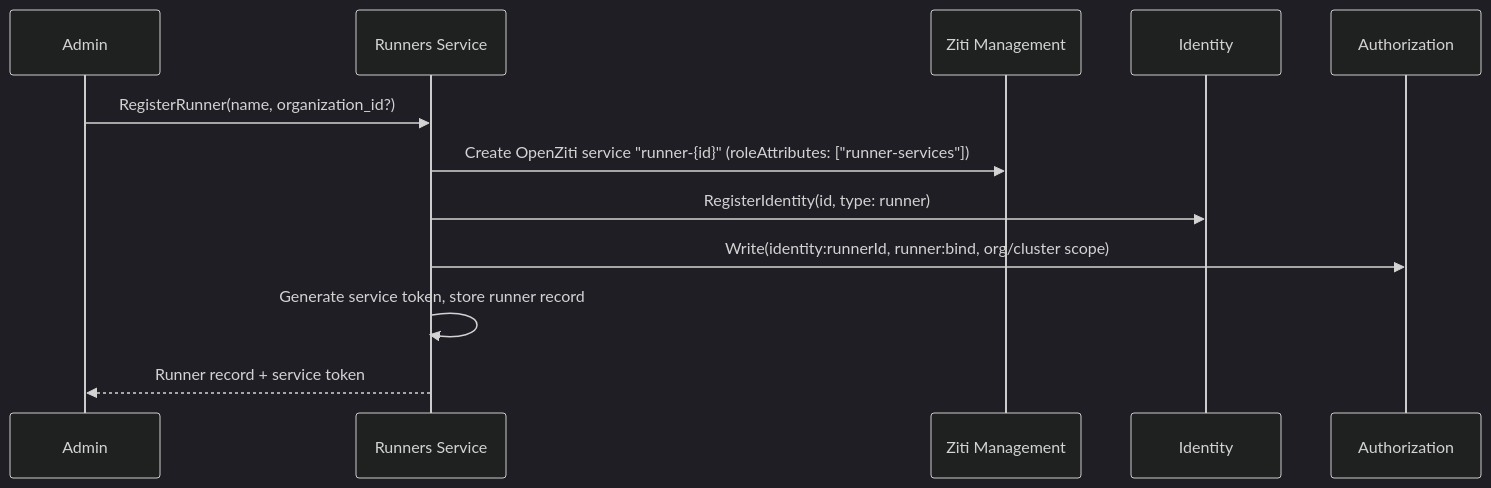
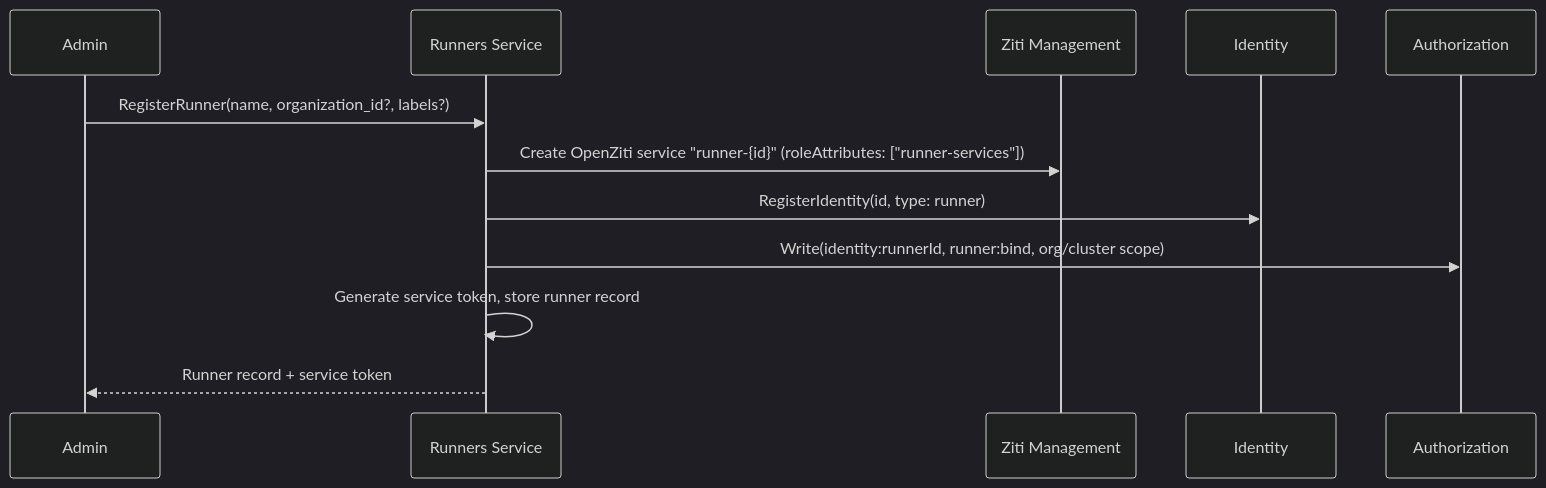
Before and after one commit to agynio/architecture: the diagram in architecture/runners.md, drawn with Mermaid (dark theme). The commit also changed other lines of this file and 4 other files, not shown here.

````diff
--- a/architecture/runners.md
+++ b/architecture/runners.md
@@ -77,15 +89,15 @@
 ```mermaid
 sequenceDiagram
     participant Admin as Admin
     participant RS as Runners Service
     participant ZM as Ziti Management
     participant I as Identity
     participant Auth as Authorization
 
-    Admin->>RS: RegisterRunner(name, organization_id?)
+    Admin->>RS: RegisterRunner(name, organization_id?, labels?)
     RS->>ZM: Create OpenZiti service "runner-{id}" (roleAttributes: ["runner-services"])
     RS->>I: RegisterIdentity(id, type: runner)
     RS->>Auth: Write(identity:runnerId, runner:bind, org/cluster scope)
     RS->>RS: Generate service token, store runner record
     RS-->>Admin: Runner record + service token
 ```
````
